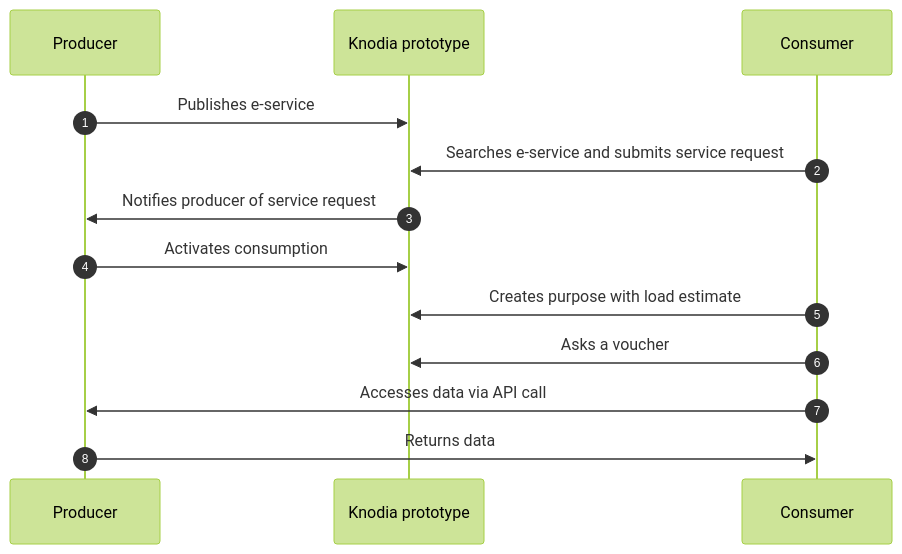
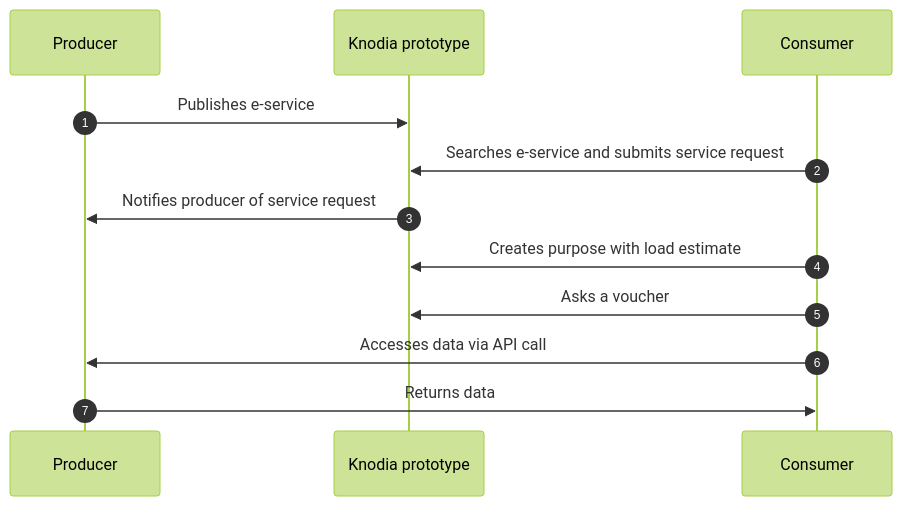
One commit to pagopa/knodia-docs-input changed the diagram in prototype-user-guide/getting-started/pages/03_how-it-works.md. Above: the diagram before and after it, drawn with Mermaid (forest theme). The commit also changed other lines of this file and 1 other file, not shown here.

````diff
--- a/prototype-user-guide/getting-started/pages/03_how-it-works.md
+++ b/prototype-user-guide/getting-started/pages/03_how-it-works.md
@@ -33,21 +33,19 @@
 ```mermaid
 sequenceDiagram
     autonumber
 
     participant P as Producer
     participant N as Knodia prototype
     participant C as Consumer
 
     P->>N: Publishes e-service
 
     C->>N: Searches e-service and submits service request
     N->>P: Notifies producer of service request
 
-    P->>N: Activates consumption
-
     C->>N: Creates purpose with load estimate
 
     C->>N: Asks a voucher
     C->>P: Accesses data via API call
     P->>C: Returns data
 ```
````
